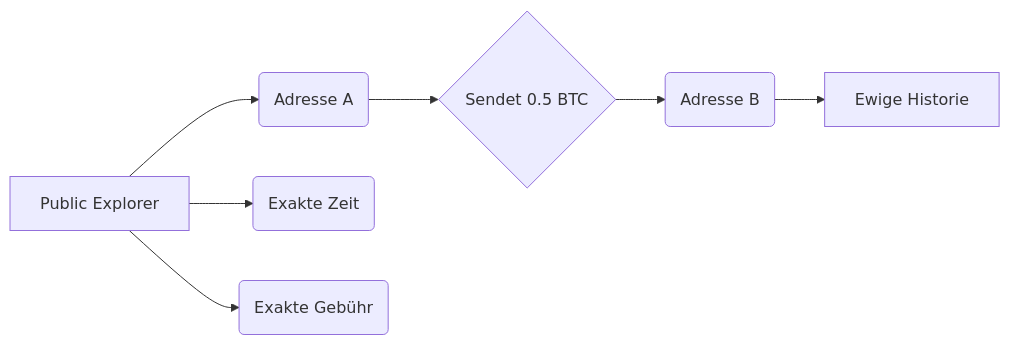
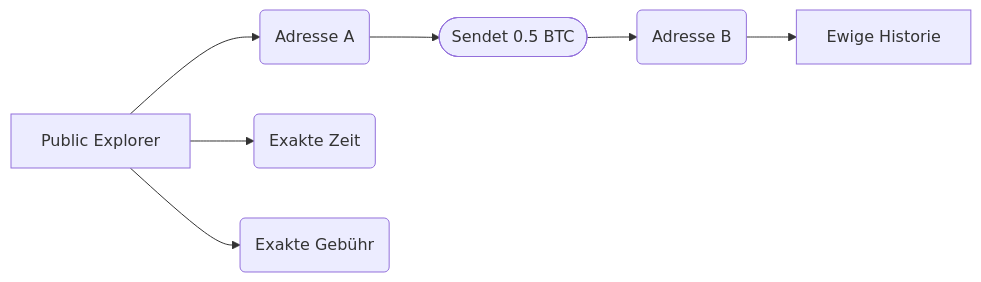
Before and after one commit to annabraun015-stack/krypto-watch: the diagram in src/content/blog/de/ist-bitcoin-anonym.mdx, drawn with Mermaid. The commit also changed other lines of this file and 53 other files, not shown here.

```diff
--- a/src/content/blog/de/ist-bitcoin-anonym.mdx
+++ b/src/content/blog/de/ist-bitcoin-anonym.mdx
@@ -62,9 +62,9 @@
 <div class="mermaid">
 graph LR
     A[Public Explorer] --> B(Adresse A)
-    B --> C{Sendet 0.5 BTC}
+    B --> C([Sendet 0.5 BTC])
     C --> D(Adresse B)
     D --> E[Ewige Historie]
     A --> F(Exakte Zeit)
     A --> G(Exakte Gebühr)
 </div>
```
